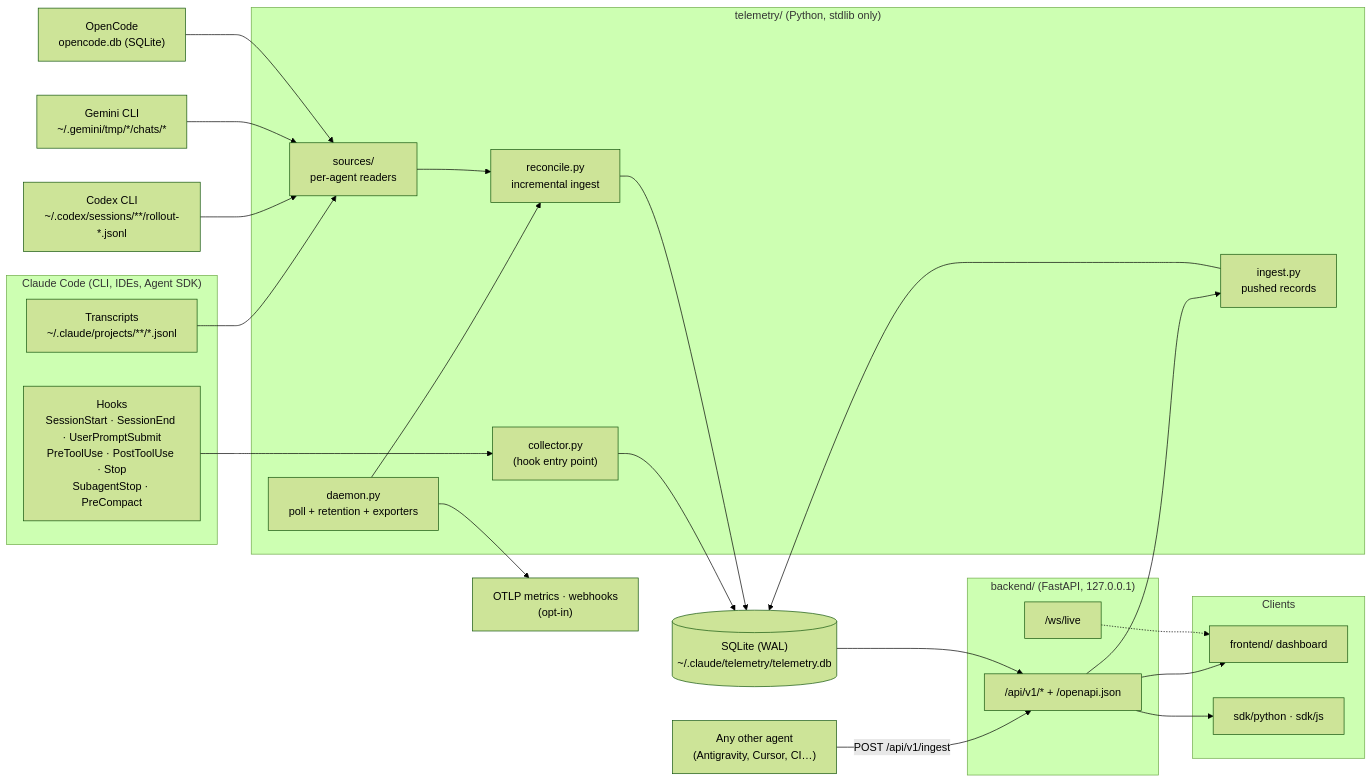
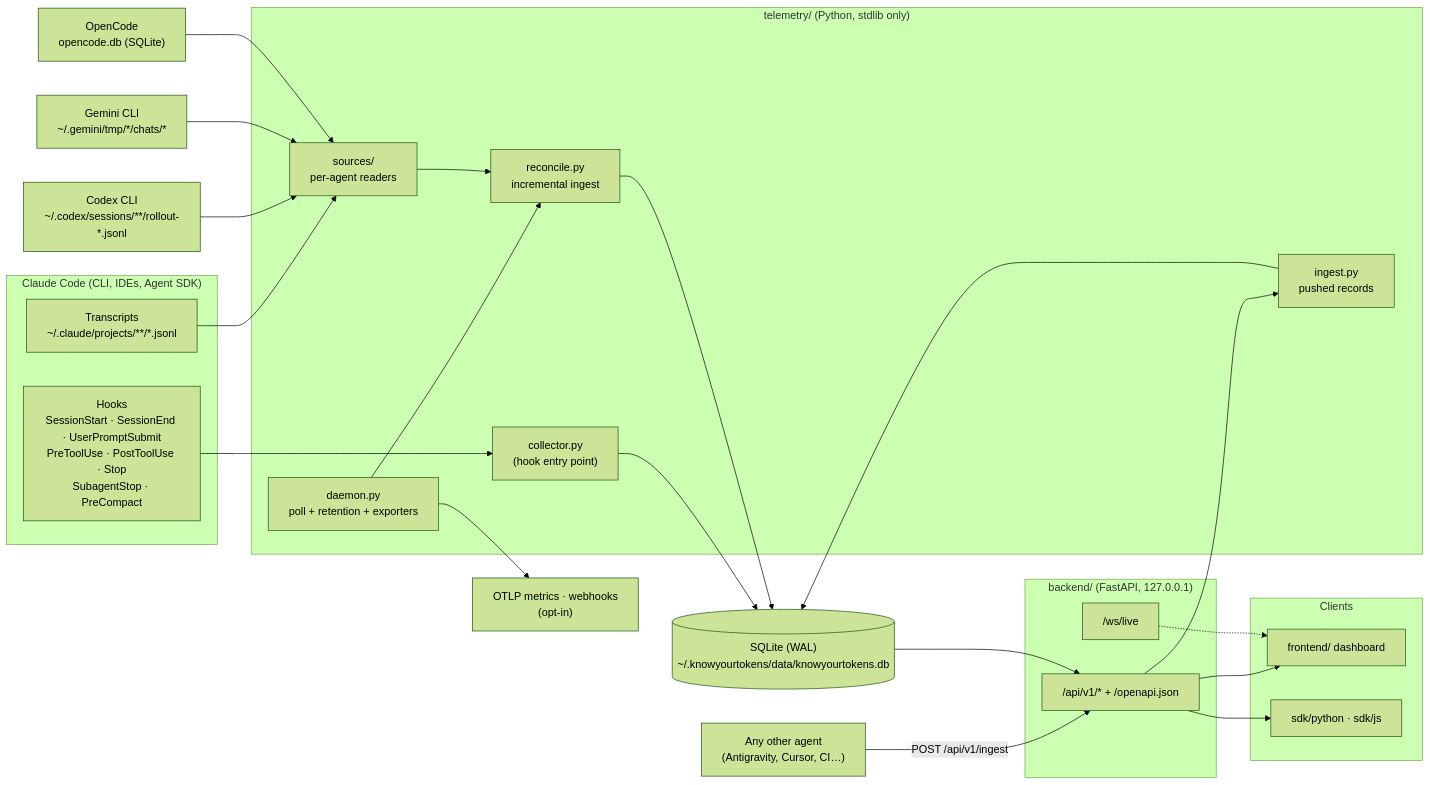
The first of 2 diagrams in docs/ARCHITECTURE.md (sarveshtalele/knowyourtokens), drawn with Mermaid (forest theme) before and after one commit. The commit also changed other lines of this file and 88 other files, not shown here.

````diff
--- a/docs/ARCHITECTURE.md
+++ b/docs/ARCHITECTURE.md
@@ -12,47 +12,47 @@
 ```mermaid
 flowchart LR
     subgraph CC["Claude Code (CLI, IDEs, Agent SDK)"]
         H["Hooks\nSessionStart · SessionEnd · UserPromptSubmit\nPreToolUse · PostToolUse · Stop\nSubagentStop · PreCompact"]
         T["Transcripts\n~/.claude/projects/**/*.jsonl"]
     end
 
     CX["Codex CLI\n~/.codex/sessions/**/rollout-*.jsonl"]
     GM["Gemini CLI\n~/.gemini/tmp/*/chats/*"]
     OC["OpenCode\nopencode.db (SQLite)"]
     ANY["Any other agent\n(Antigravity, Cursor, CI…)"]
 
     subgraph Collector["telemetry/ (Python, stdlib only)"]
         HK["collector.py\n(hook entry point)"]
         D["daemon.py\npoll + retention + exporters"]
         SRC["sources/\nper-agent readers"]
         R["reconcile.py\nincremental ingest"]
         IN["ingest.py\npushed records"]
     end
 
-    DB[("SQLite (WAL)\n~/.claude/telemetry/telemetry.db")]
+    DB[("SQLite (WAL)\n~/.knowyourtokens/data/knowyourtokens.db")]
 
     subgraph Server["backend/ (FastAPI, 127.0.0.1)"]
         API["/api/v1/*  +  /openapi.json"]
         WS["/ws/live"]
     end
 
     subgraph Clients
         UI["frontend/ dashboard"]
         SDK["sdk/python · sdk/js"]
     end
 
     EXP["OTLP metrics · webhooks\n(opt-in)"]
 
     H --> HK --> DB
     T --> SRC
     CX --> SRC
     GM --> SRC
     OC --> SRC
     D --> R
     SRC --> R --> DB
     ANY -- "POST /api/v1/ingest" --> API --> IN --> DB
     D --> EXP
     DB --> API --> UI
     API --> SDK
     WS -.-> UI
 ```
````
